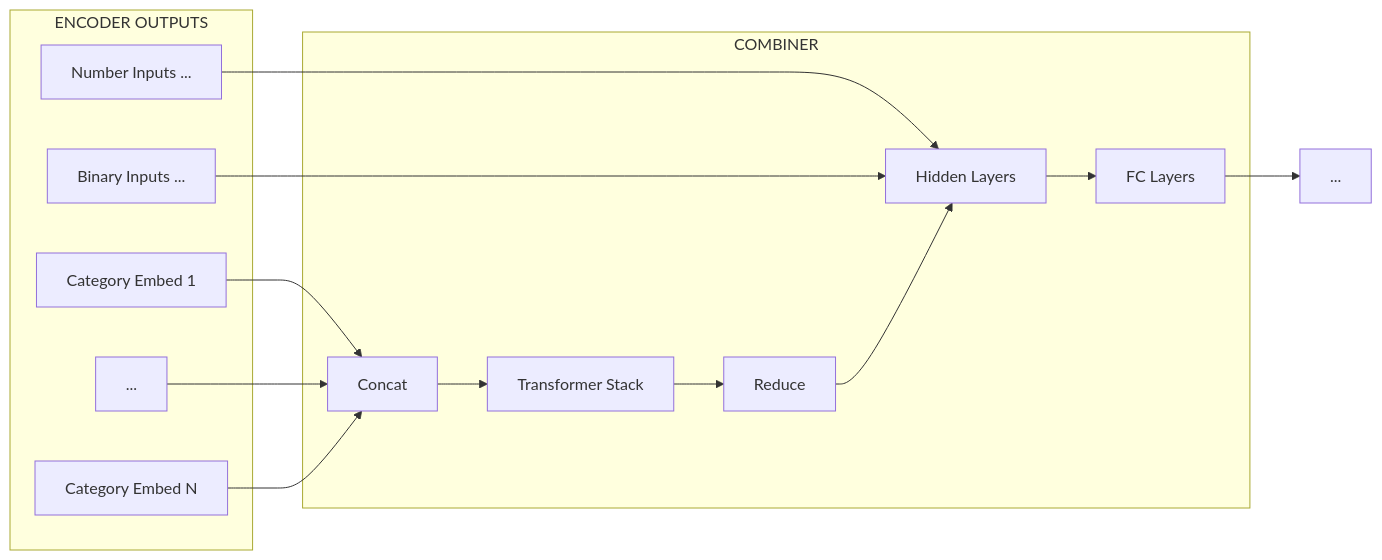
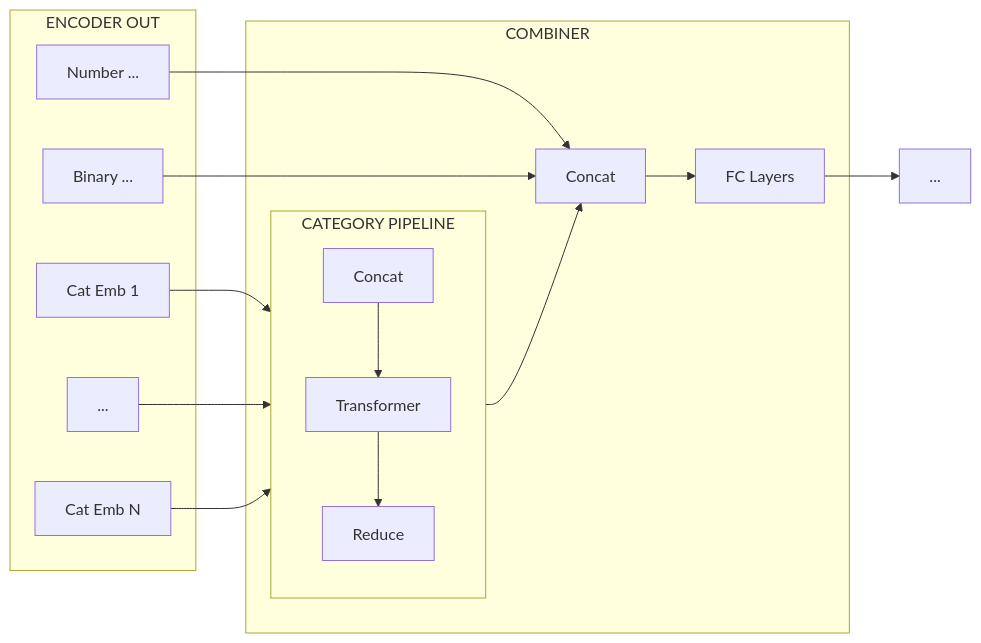
The sixth of 7 diagrams in docs/configuration/combiner.md (ludwig-ai/ludwig-docs), drawn with Mermaid before and after one commit.

Commit message:
TabTransformer

````diff
--- a/docs/configuration/combiner.md
+++ b/docs/configuration/combiner.md
@@ -230,27 +230,31 @@
 ``` mermaid
 graph LR
-  I1[Category Embed 1] --> T1["Concat"];
+  I1[Cat Emb 1] --> T1["Concat"];
   IK[...] --> T1;
-  IN[Category Embed N] --> T1;
-  N1[Number Inputs ...] --> T4["Hidden Layers"];
-  B1[Binary Inputs ...] --> T4;
-  T1 --> T2["Transformer Stack"];
+  IN[Cat Emb N] --> T1;
+  N1[Number ...] --> T4["Concat"];
+  B1[Binary ...] --> T4;
+  T1 --> T2["Transformer"];
   T2 --> T3["Reduce"];
   T3 --> T4;
   T4 --> T5["FC Layers"];
   T5 --> ...;
   subgraph COMBINER
-  T1
-  T2
-  T3
+  CAT
   T4
   T5
   end
-  subgraph ENCODER OUTPUTS
+  subgraph ENCODER OUT
   I1
   IK
   IN
   N1
   B1
   end
+  subgraph CAT["CATEGORY PIPELINE"]
+  direction TB
+  T1
+  T2
+  T3
+  end
 ```
````
